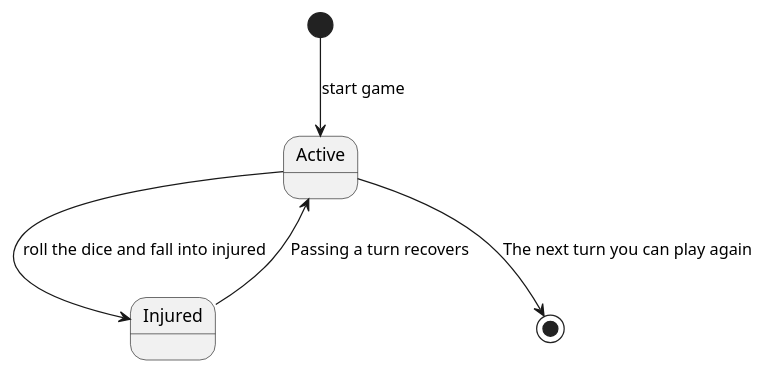
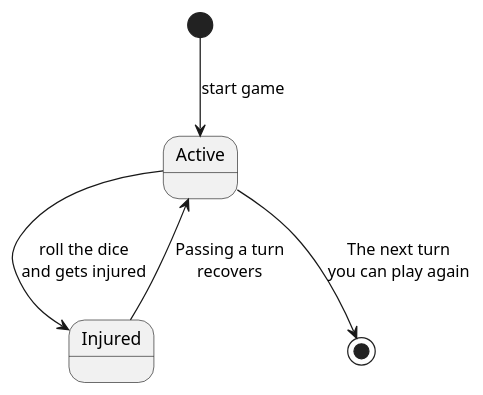
Before and after one commit to PabloGCH/tp2-algo3: the diagram in diagrams/states/GladiatorFallsToInjury.plantuml, drawn with PlantUML. The commit also changed 4 other files, not shown here.

Commit message:
multilines in diagrams

```diff
--- a/diagrams/states/GladiatorFallsToInjury.plantuml
+++ b/diagrams/states/GladiatorFallsToInjury.plantuml
@@ -1,10 +1,10 @@
 @startuml
 
 [*] --> Active: start game
 
-Active --> Injured : roll the dice and fall into injured
+Active --> Injured : roll the dice\nand gets injured
 
-Injured --> Active: Passing a turn recovers
+Injured --> Active: Passing a turn\nrecovers
 
-Active --> [*] : The next turn you can play again
+Active --> [*] : The next turn\nyou can play again
 @enduml
```
